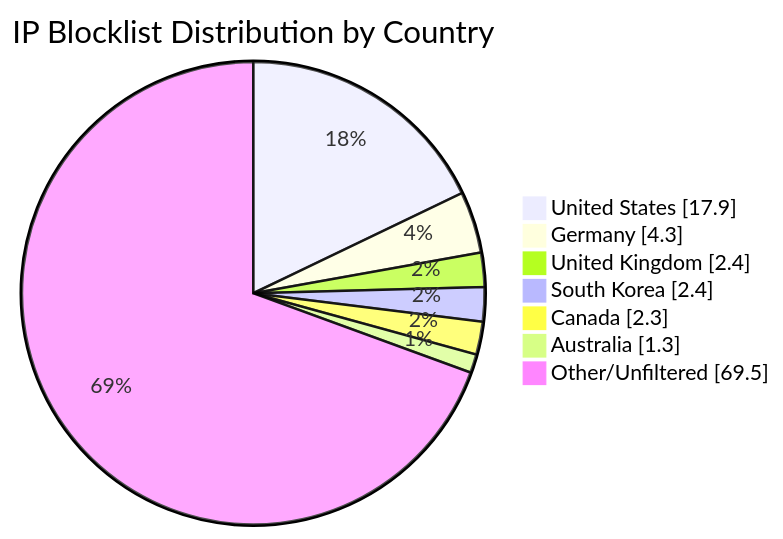
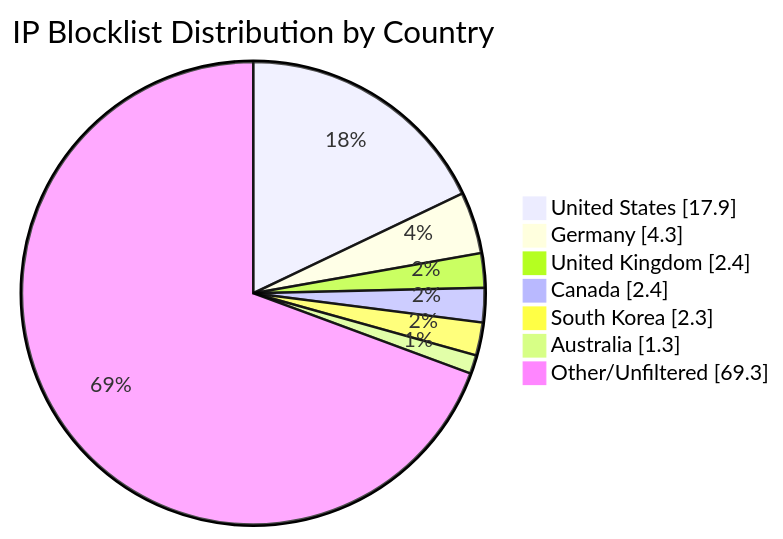
Before and after one commit to MarcusHoltz/ipblocklist-geofiltered-aggregator: the diagram in README.md, drawn with Mermaid. The commit also changed other lines of this file and 9 other files, not shown here.

````diff
--- a/README.md
+++ b/README.md
@@ -34,10 +34,10 @@
 ```mermaid
 pie showData title IP Blocklist Distribution by Country
 "United States" : 17.9
 "Germany" : 4.3
 "United Kingdom" : 2.4
-"South Korea" : 2.4
-"Canada" : 2.3
+"Canada" : 2.4
+"South Korea" : 2.3
 "Australia" : 1.3
-"Other/Unfiltered" : 69.5
+"Other/Unfiltered" : 69.3
 ```
````
